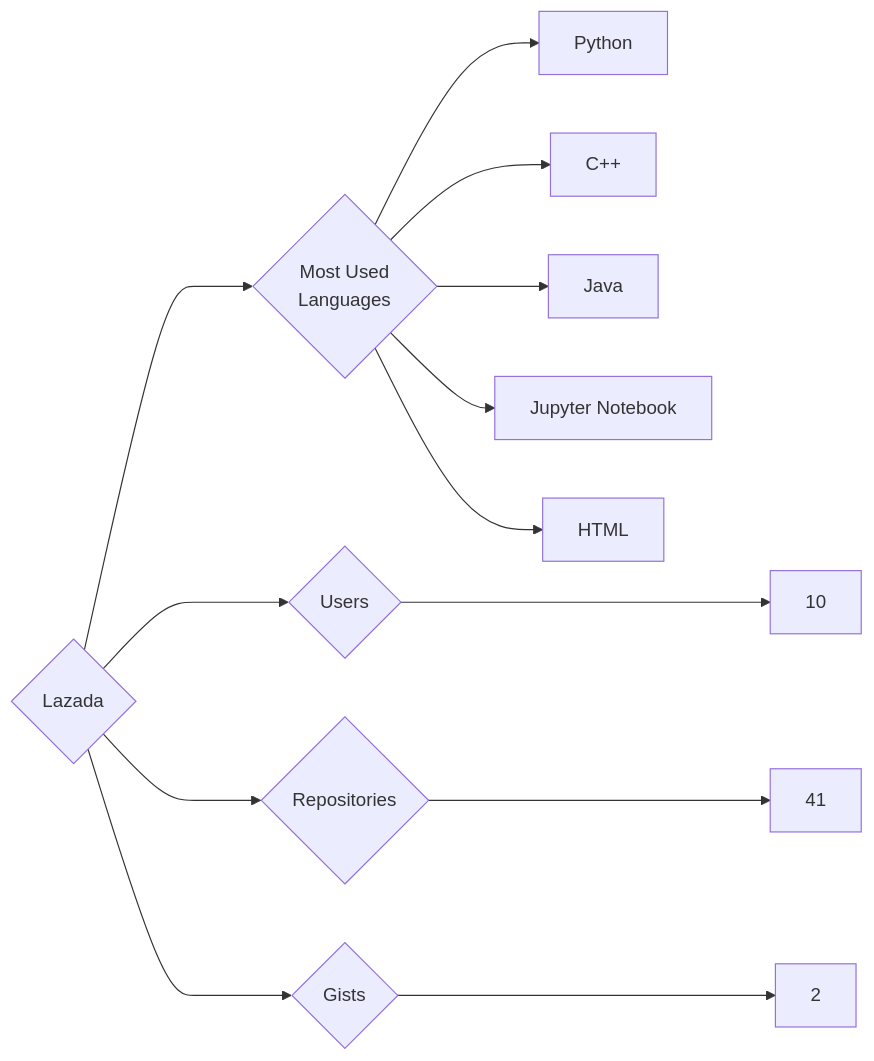
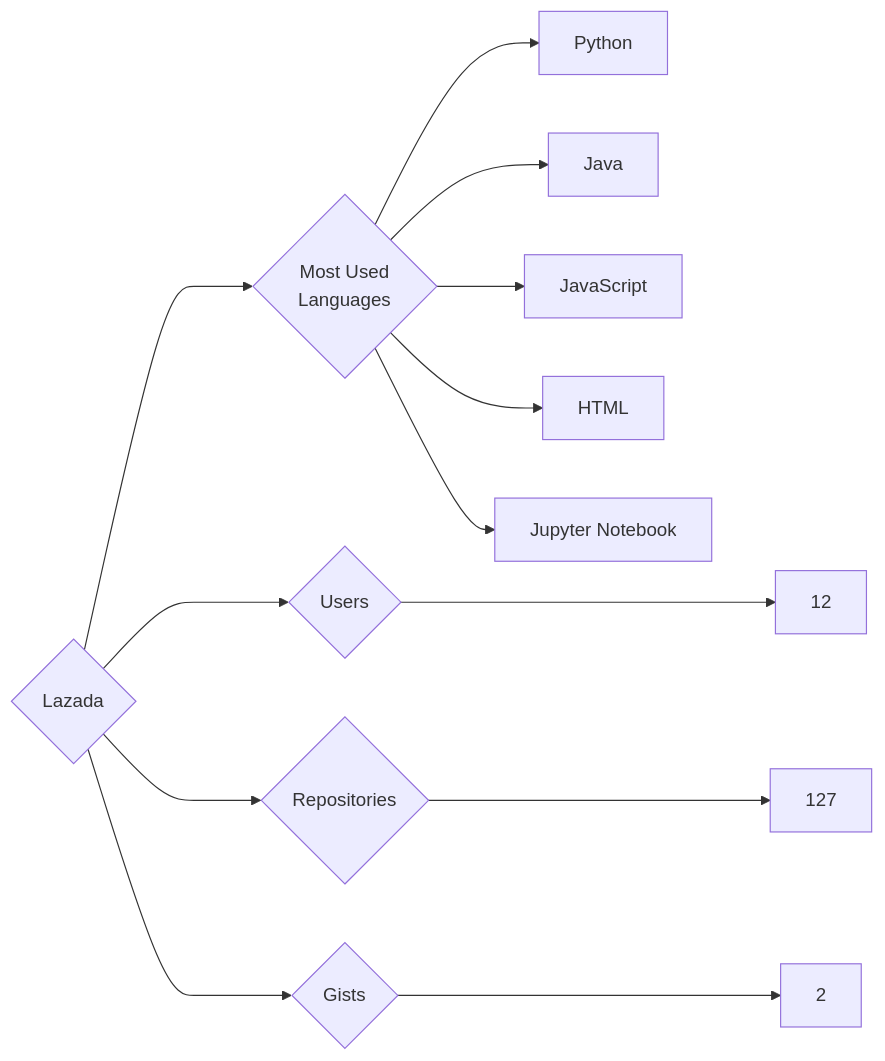
One commit to trickest/insiders changed the diagram in targets/Lazada/README.md. Above: the diagram before and after it, drawn with Mermaid. The commit also changed 688 other files, not shown here.

````diff
--- a/targets/Lazada/README.md
+++ b/targets/Lazada/README.md
@@ -3,13 +3,13 @@
 ```mermaid
 graph LR
 COMPANY_NAME{Lazada}
-COMPANY_NAME ---> U{Users} ---> UN[10]
-COMPANY_NAME ---> R{Repositories} ---> RN[41]
+COMPANY_NAME ---> U{Users} ---> UN[12]
+COMPANY_NAME ---> R{Repositories} ---> RN[127]
 COMPANY_NAME ---> G{Gists} ---> GN[2]
 COMPANY_NAME ---> ML{Most Used<br>Languages}
 ML --> Python[Python]
-ML --> C++[C++]
 ML --> Java[Java]
+ML --> JavaScript[JavaScript]
+ML --> HTML[HTML]
 ML --> Jupyter_Notebook[Jupyter Notebook]
-ML --> HTML[HTML]
 ```
````
